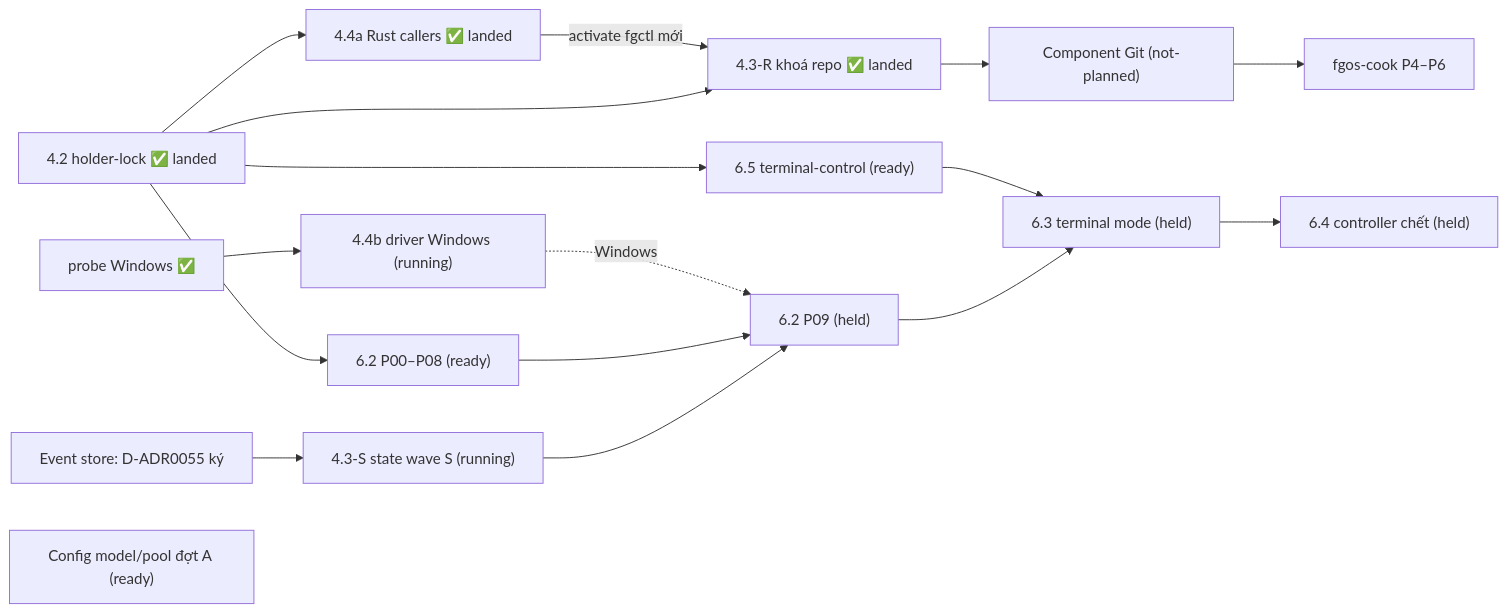
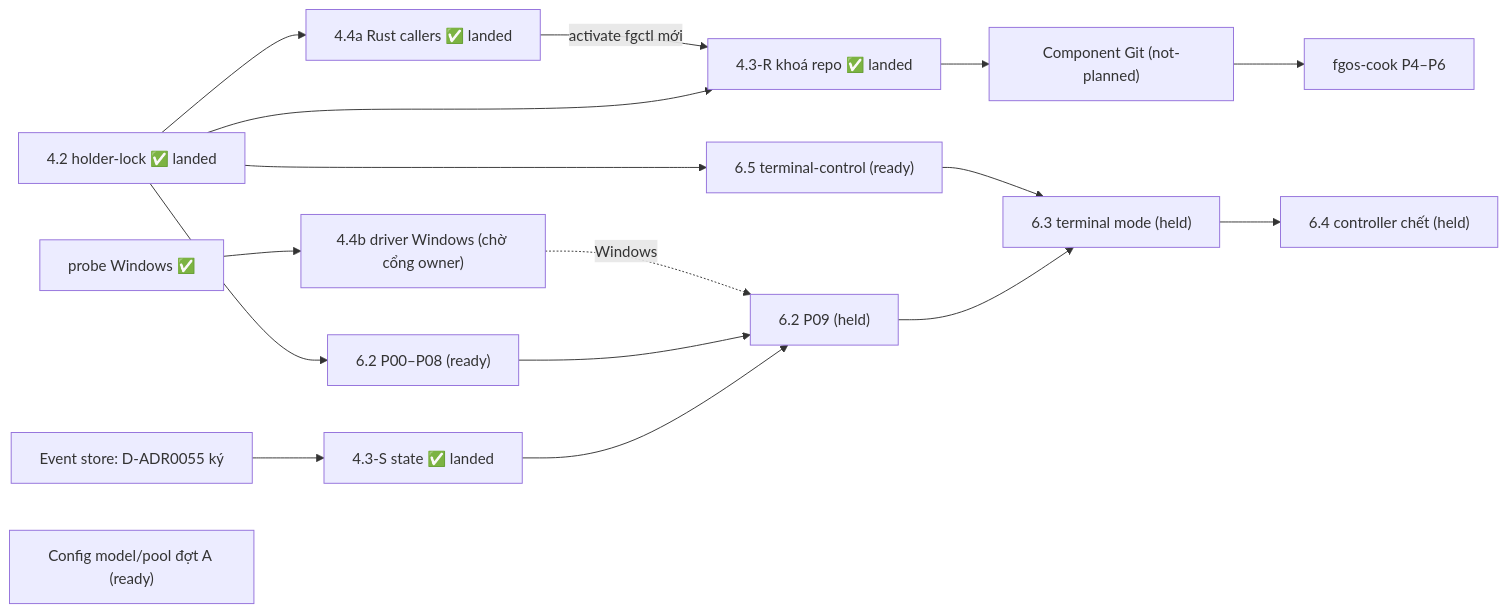
The diagram in plans/261017-1313-fgos-platform-program-board/plan.md (vantt/forgent), drawn with Mermaid before and after one commit. The commit also changed other lines of this file and 1 other file, not shown here.

````diff
--- a/plans/261017-1313-fgos-platform-program-board/plan.md
+++ b/plans/261017-1313-fgos-platform-program-board/plan.md
@@ -58,19 +58,19 @@
 ```mermaid
 flowchart LR
   L42["4.2 holder-lock ✅ landed"] --> L44a["4.4a Rust callers ✅ landed"]
   L42 --> L43R["4.3-R khoá repo ✅ landed"]
   L42 --> L65["6.5 terminal-control (ready)"]
   L42 --> L62a["6.2 P00–P08 (ready)"]
   L44a -->|activate fgctl mới| L43R
-  ES["Event store: D-ADR0055 ký"] --> L43S["4.3-S state wave S (running)"]
+  ES["Event store: D-ADR0055 ký"] --> L43S["4.3-S state ✅ landed"]
   L43S --> L62b["6.2 P09 (held)"]
   L62a --> L62b
   L62b --> L63["6.3 terminal mode (held)"]
   L65 --> L63
   L63 --> L64["6.4 controller chết (held)"]
-  PROBE["probe Windows ✅"] --> L44b["4.4b driver Windows (running)"]
+  PROBE["probe Windows ✅"] --> L44b["4.4b driver Windows (chờ cổng owner)"]
   L44b -.Windows.-> L62b
   L43R --> GIT["Component Git (not-planned)"]
   GIT --> COOK["fgos-cook P4–P6"]
   MPA["Config model/pool đợt A (ready)"]
 ```
````
